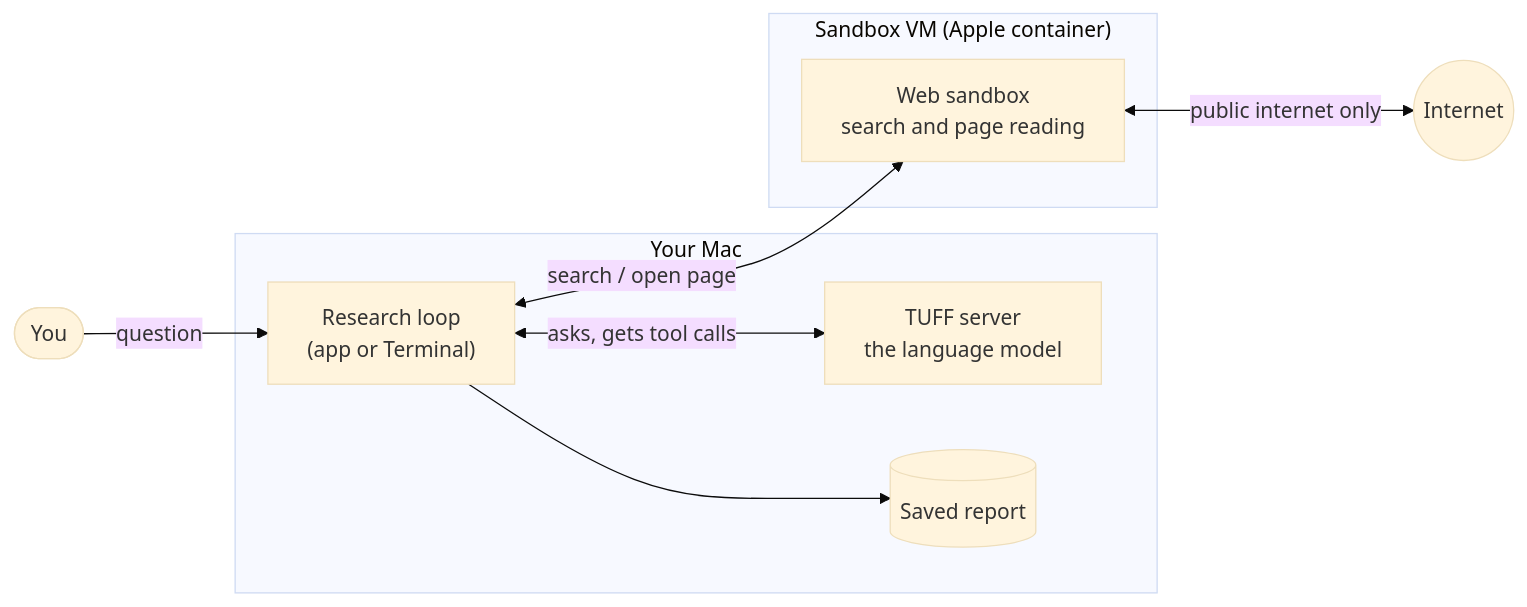
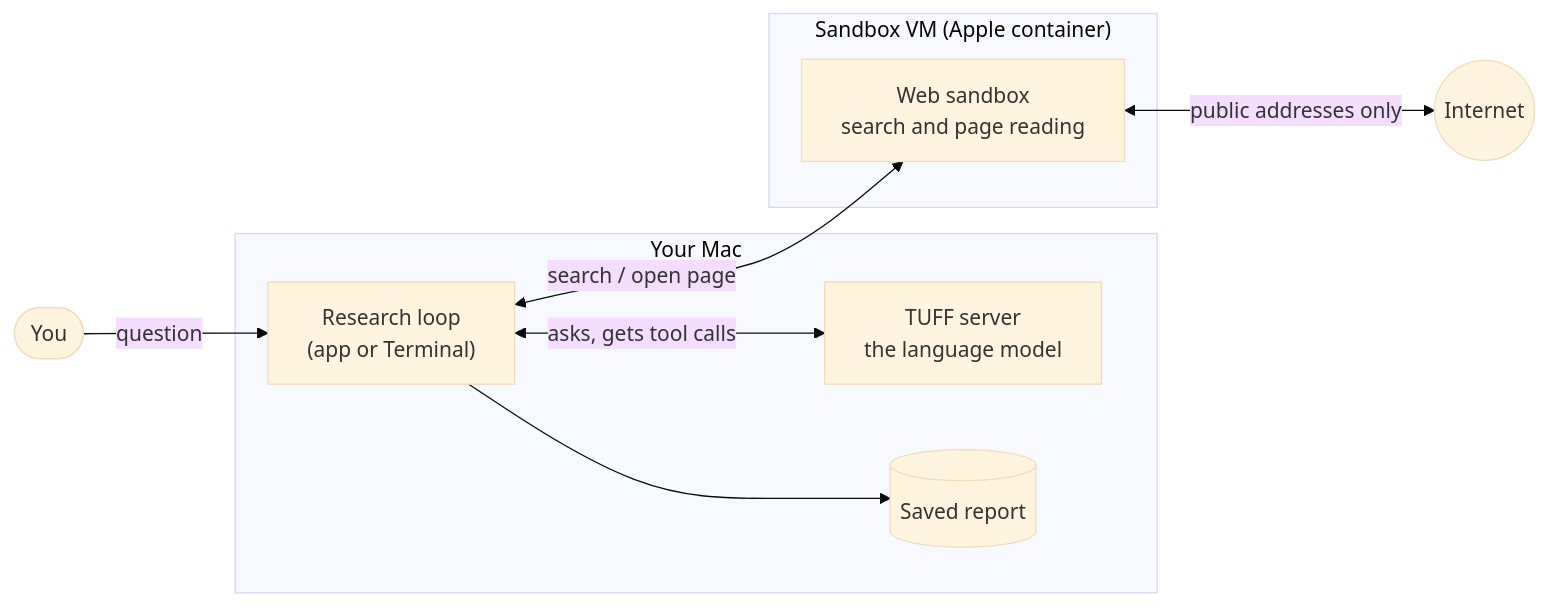
Before and after one commit to Osiriss664/TUFF: the diagram in .github/web-research/how-it-works.md, drawn with Mermaid (base theme). The commit also changed 3 other files, not shown here.

````diff
--- a/.github/web-research/how-it-works.md
+++ b/.github/web-research/how-it-works.md
@@ -14,16 +14,16 @@
 ```mermaid
 flowchart LR
     You([You]) -->|question| Loop
     subgraph Mac["Your Mac"]
         Model["TUFF server<br/>the language model"]
         Loop["Research loop<br/>(app or Terminal)"]
         Report[("Saved report")]
     end
     subgraph VM["Sandbox VM (Apple container)"]
         Web["Web sandbox<br/>search and page reading"]
     end
     Loop <-->|asks, gets tool calls| Model
     Loop <-->|search / open page| Web
-    Web <-->|public internet only| Internet((Internet))
+    Web <-->|public addresses only| Internet((Internet))
     Loop --> Report
 ```
````
